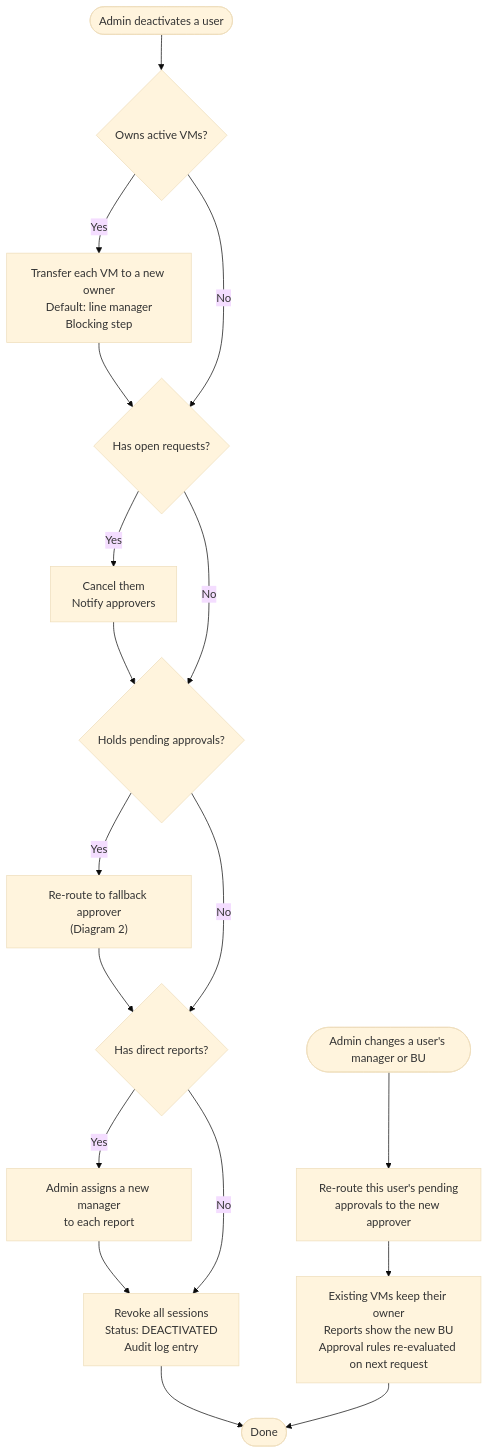
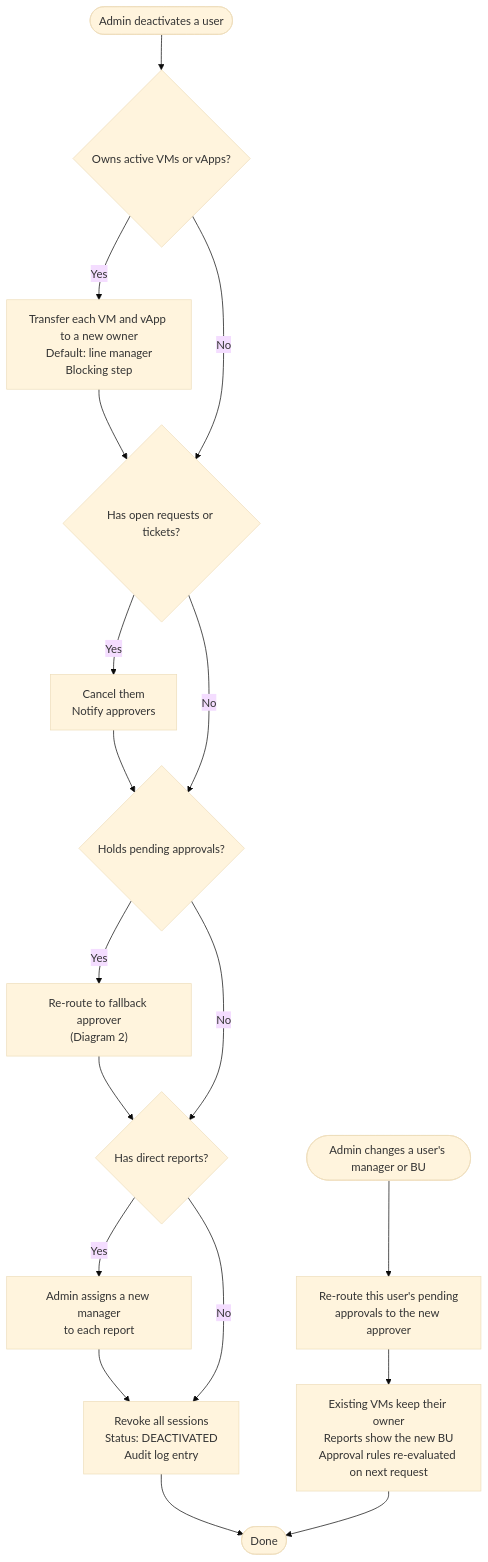
The diagram in docs/diagrams/4-user-offboarding.mmd (Priyo13o4/ServicesConsulting-VM-Portal), drawn with Mermaid (base theme) before and after one commit. The commit also changed 10 other files, not shown here.

First line of the commit message:
Docs v2: 90-day restart cycle, vApps, credentials, tickets, admin queue

```diff
--- a/docs/diagrams/4-user-offboarding.mmd
+++ b/docs/diagrams/4-user-offboarding.mmd
@@ -1,16 +1,16 @@
 %% VM Portal - Deactivation and Manager/BU Change (manual, since there is no AD sync)
 flowchart TD
-    T(["Admin deactivates a user"]) --> V{"Owns active VMs?"}
-    V -->|Yes| VT["Transfer each VM to a new owner<br/>Default: line manager<br/>Blocking step"] --> R
-    V -->|No| R{"Has open requests?"}
+    T(["Admin deactivates a user"]) --> V{"Owns active VMs or vApps?"}
+    V -->|Yes| VT["Transfer each VM and vApp to a new owner<br/>Default: line manager<br/>Blocking step"] --> R
+    V -->|No| R{"Has open requests or tickets?"}
     R -->|Yes| RC["Cancel them<br/>Notify approvers"] --> A
     R -->|No| A{"Holds pending approvals?"}
     A -->|Yes| AR["Re-route to fallback approver<br/>(Diagram 2)"] --> D
     A -->|No| D{"Has direct reports?"}
     D -->|Yes| DR["Admin assigns a new manager<br/>to each report"] --> X
     D -->|No| X["Revoke all sessions<br/>Status: DEACTIVATED<br/>Audit log entry"]
     X --> Done(["Done"])
 
     M(["Admin changes a user's manager or BU"]) --> MP["Re-route this user's pending<br/>approvals to the new approver"]
     MP --> MB["Existing VMs keep their owner<br/>Reports show the new BU<br/>Approval rules re-evaluated on next request"]
     MB --> Done
```
